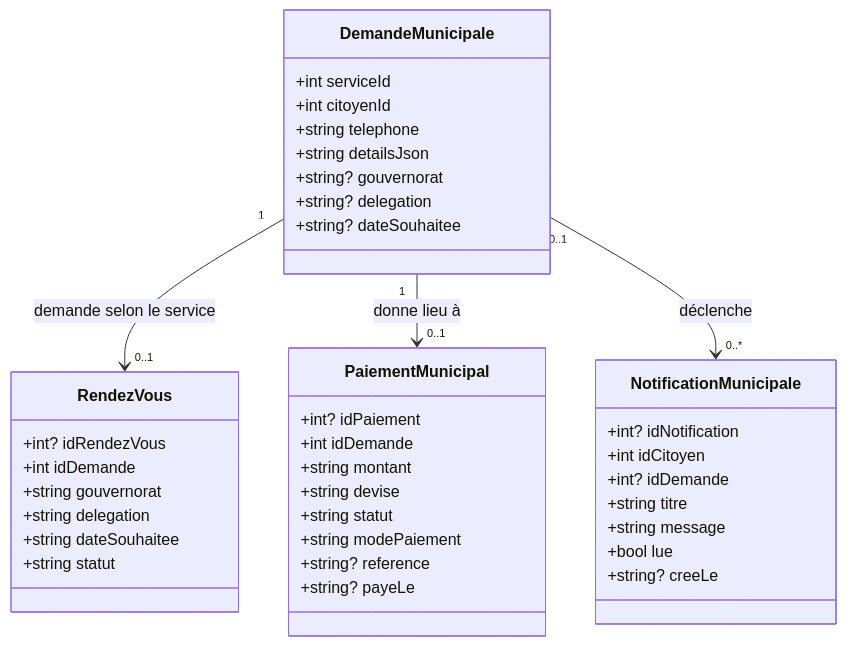
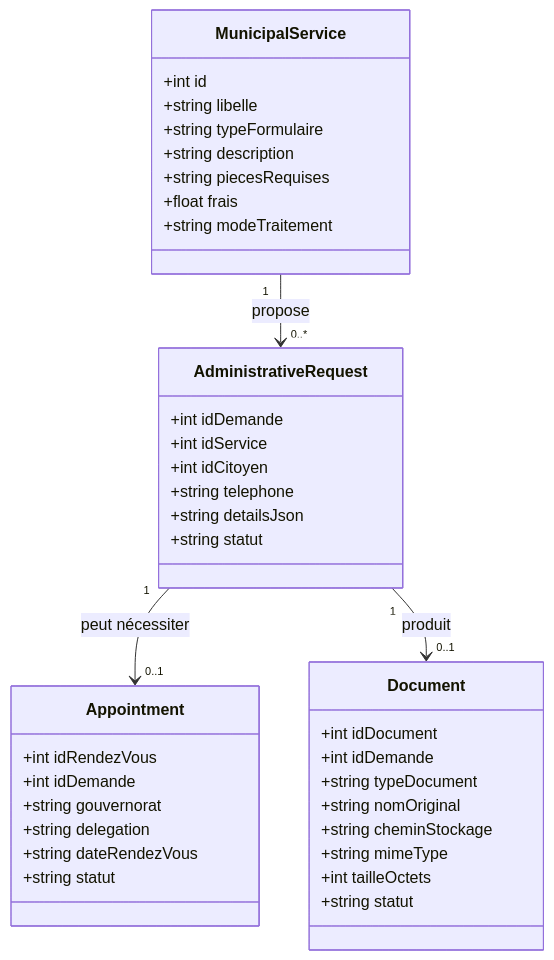
Before and after one commit to darineghodhbani/Esprit-PW-2A6-2026-ETounsi: the diagram in docs/entites-municipalite.md, drawn with Mermaid. The commit also changed other lines of this file and 7 other files, not shown here.

Commit message:
Add municipal document entity and status tracking

````diff
--- a/docs/entites-municipalite.md
+++ b/docs/entites-municipalite.md
@@ -5,42 +14,41 @@
 ```mermaid
 classDiagram
-  class DemandeMunicipale {
-    +int serviceId
-    +int citoyenId
+  class MunicipalService {
+    +int id
+    +string libelle
+    +string typeFormulaire
+    +string description
+    +string piecesRequises
+    +float frais
+    +string modeTraitement
+  }
+  class AdministrativeRequest {
+    +int idDemande
+    +int idService
+    +int idCitoyen
     +string telephone
     +string detailsJson
-    +string? gouvernorat
-    +string? delegation
-    +string? dateSouhaitee
+    +string statut
   }
-  class RendezVous {
-    +int? idRendezVous
+  class Appointment {
+    +int idRendezVous
     +int idDemande
     +string gouvernorat
     +string delegation
-    +string dateSouhaitee
+    +string dateRendezVous
     +string statut
   }
-  class PaiementMunicipal {
-    +int? idPaiement
+  class Document {
+    +int idDocument
     +int idDemande
-    +string montant
-    +string devise
+    +string typeDocument
+    +string nomOriginal
+    +string cheminStockage
+    +string mimeType
+    +int tailleOctets
     +string statut
-    +string modePaiement
-    +string? reference
-    +string? payeLe
   }
-  class NotificationMunicipale {
-    +int? idNotification
-    +int idCitoyen
-    +int? idDemande
-    +string titre
-    +string message
-    +bool lue
-    +string? creeLe
-  }
-  DemandeMunicipale "1" --> "0..1" RendezVous : demande selon le service
-  DemandeMunicipale "1" --> "0..1" PaiementMunicipal : donne lieu à
-  DemandeMunicipale "0..1" --> "0..*" NotificationMunicipale : déclenche
+  MunicipalService "1" --> "0..*" AdministrativeRequest : propose
+  AdministrativeRequest "1" --> "0..1" Appointment : peut nécessiter
+  AdministrativeRequest "1" --> "0..1" Document : produit
 ```
````
